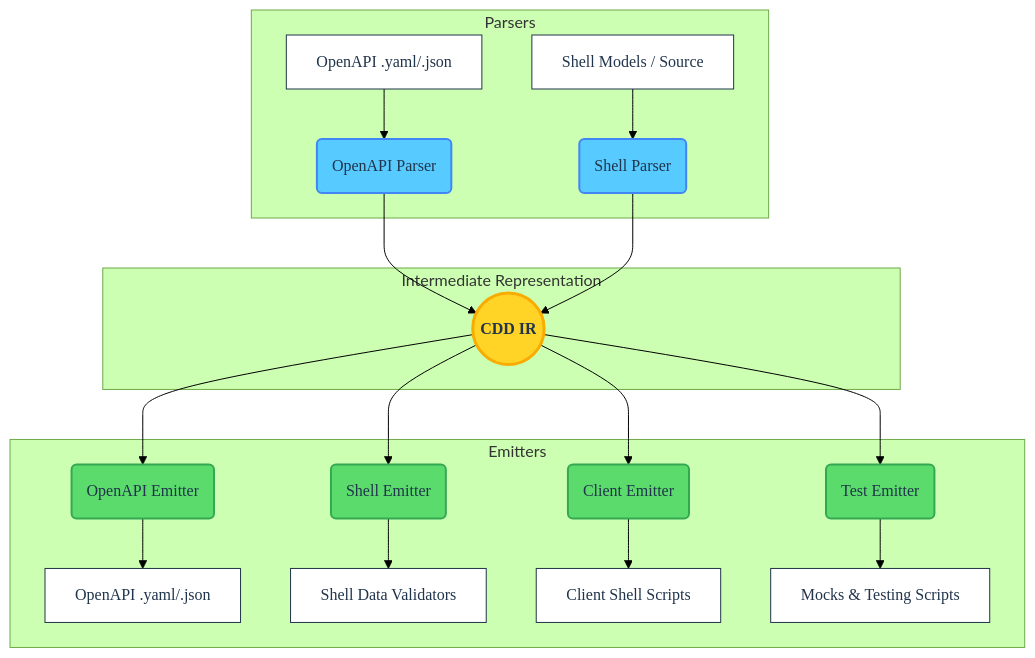
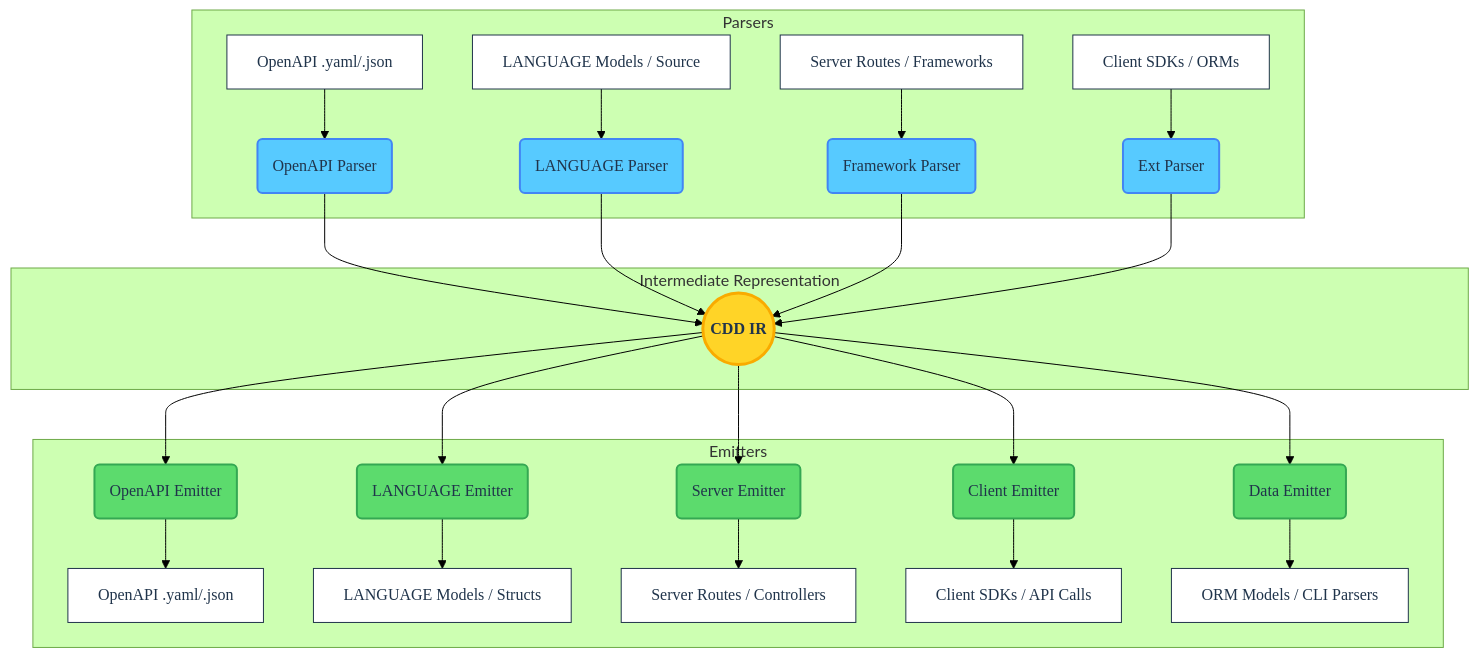
One commit to SamuelMarks/cdd-sh changed the diagram in ARCHITECTURE.md. Above: the diagram before and after it, drawn with Mermaid (forest theme). The commit also changed other lines of this file and 27 other files, not shown here.

Commit message:
JSON-RPC server, Dockerfiles, and CLI & doc improvements

````diff
--- a/ARCHITECTURE.md
+++ b/ARCHITECTURE.md
@@ -15,32 +14,38 @@
 ```mermaid
 graph TD
     %% Styling Definitions
     classDef frontend fill:#57caff,stroke:#4285f4,stroke-width:2px,color:#20344b,font-family:Roboto Mono
     classDef core fill:#ffd427,stroke:#f9ab00,stroke-width:3px,color:#20344b,font-family:Google Sans,font-weight:bold
     classDef backend fill:#5cdb6d,stroke:#34a853,stroke-width:2px,color:#20344b,font-family:Roboto Mono
     classDef endpoint fill:#ffffff,stroke:#20344b,stroke-width:1px,color:#20344b,font-family:Google Sans
 
     subgraph Frontend [Parsers]
         A[OpenAPI .yaml/.json]:::endpoint --> P1(OpenAPI Parser):::frontend
-        B[Shell Models / Source]:::endpoint --> P2(Shell Parser):::frontend
+        B[LANGUAGE Models / Source]:::endpoint --> P2(LANGUAGE Parser):::frontend
+        C[Server Routes / Frameworks]:::endpoint --> P3(Framework Parser):::frontend
+        D[Client SDKs / ORMs]:::endpoint --> P4(Ext Parser):::frontend
     end
 
     subgraph Core [Intermediate Representation]
         IR((CDD IR)):::core
     end
 
     subgraph Backend [Emitters]
         E1(OpenAPI Emitter):::backend --> X[OpenAPI .yaml/.json]:::endpoint
-        E2(Shell Emitter):::backend --> Y[Shell Data Validators]:::endpoint
-        E4(Client Emitter):::backend --> W[Client Shell Scripts]:::endpoint
-        E5(Test Emitter):::backend --> V[Mocks & Testing Scripts]:::endpoint
+        E2(LANGUAGE Emitter):::backend --> Y[LANGUAGE Models / Structs]:::endpoint
+        E3(Server Emitter):::backend --> Z[Server Routes / Controllers]:::endpoint
+        E4(Client Emitter):::backend --> W[Client SDKs / API Calls]:::endpoint
+        E5(Data Emitter):::backend --> V[ORM Models / CLI Parsers]:::endpoint
     end
 
     P1 --> IR
     P2 --> IR
+    P3 --> IR
+    P4 --> IR
 
     IR --> E1
     IR --> E2
+    IR --> E3
     IR --> E4
     IR --> E5
 ```
````
